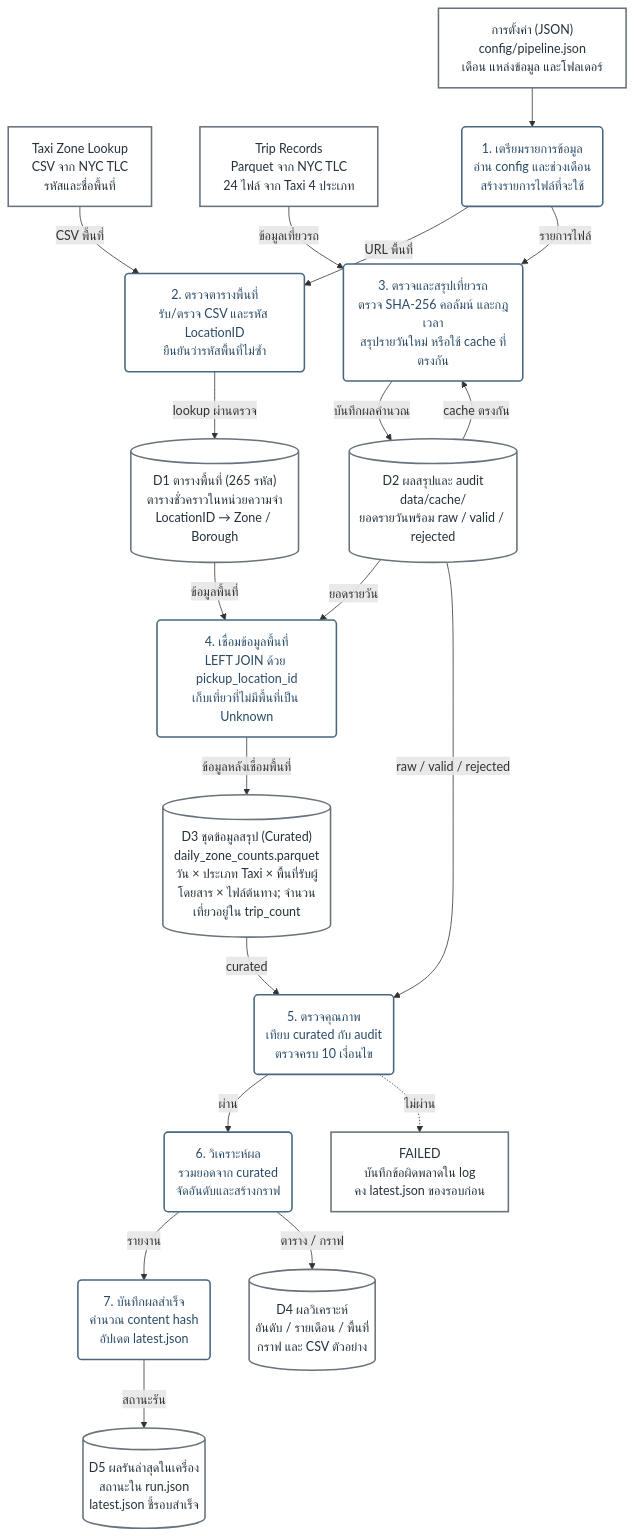
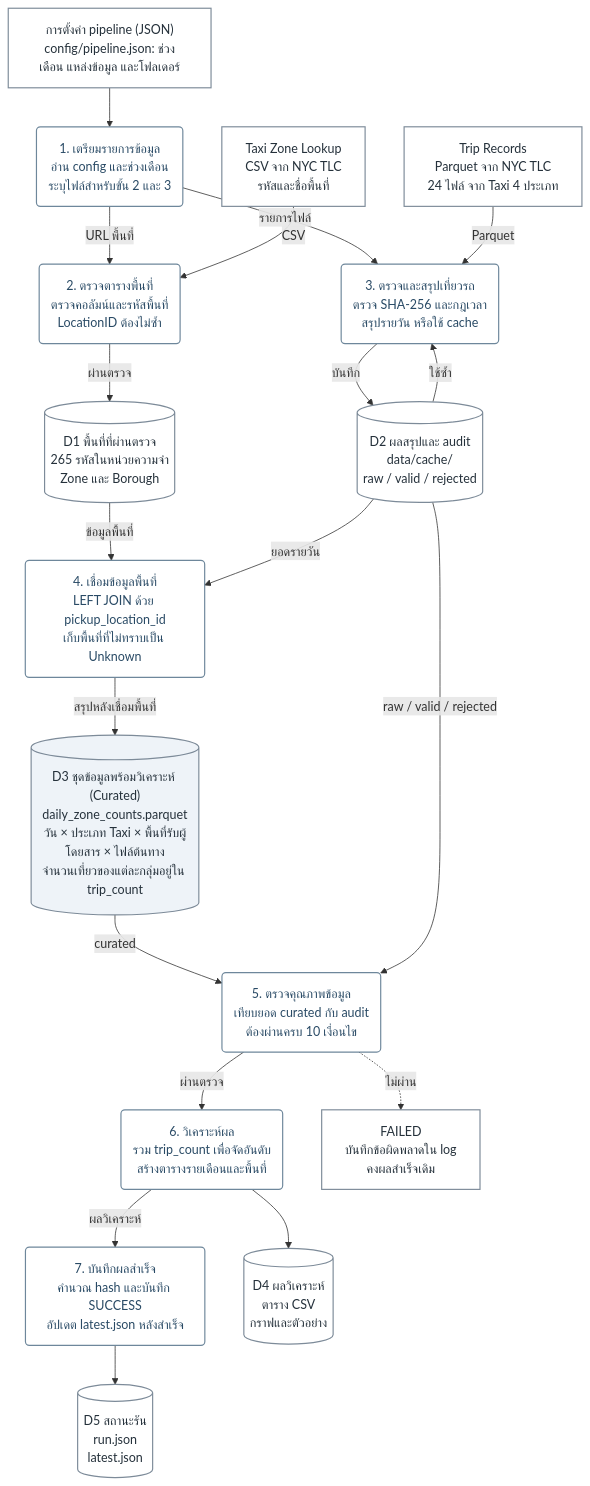
Before and after one commit to ronnakrit303/CS341-Submission2: the diagram in docs/pipeline.mmd, drawn with Mermaid. The commit also changed 5 other files, not shown here.

Commit message:
Split README data flow into readable linked views

```diff
--- a/docs/pipeline.mmd
+++ b/docs/pipeline.mmd
@@ -1,75 +1,45 @@
 flowchart TD
-    %% Generated by scripts/render_pipeline_diagram.py; edit that file to regenerate both formats.
-    %% Colors and labels match docs/images/pipeline-data-flow.svg.
-    %% Numbered processes refer to log stages; arrows carry data, not parallel execution.
-    zoneSource["Taxi Zone Lookup
-CSV จาก NYC TLC
-รหัสและชื่อพื้นที่"]:::source
-    configSource["การตั้งค่า (JSON)
-config/pipeline.json
-เดือน แหล่งข้อมูล และโฟลเดอร์"]:::source
-    tripSource["Trip Records
-Parquet จาก NYC TLC
-24 ไฟล์ จาก Taxi 4 ประเภท"]:::source
-    prepare("1. เตรียมรายการข้อมูล
-อ่าน config และช่วงเดือน
-สร้างรายการไฟล์ที่จะใช้"):::process
-    lookup("2. ตรวจตารางพื้นที่
-รับ/ตรวจ CSV และรหัส LocationID
-ยืนยันว่ารหัสพื้นที่ไม่ซ้ำ"):::process
-    trips("3. ตรวจและสรุปเที่ยวรถ
-ตรวจ SHA-256 คอลัมน์ และกฎเวลา
-สรุปรายวันใหม่ หรือใช้ cache ที่ตรงกัน"):::process
-    zonesStore[("D1 ตารางพื้นที่ (265 รหัส)
-ตารางชั่วคราวในหน่วยความจำ
-LocationID → Zone / Borough")]:::store
-    aggregateStore[("D2 ผลสรุปและ audit
-data/cache/
-ยอดรายวันพร้อม raw / valid / rejected")]:::store
-    curate("4. เชื่อมข้อมูลพื้นที่
-LEFT JOIN ด้วย pickup_location_id
-เก็บเที่ยวที่ไม่มีพื้นที่เป็น Unknown"):::process
-    curatedStore[("D3 ชุดข้อมูลสรุป (Curated)
-daily_zone_counts.parquet
-วัน × ประเภท Taxi × พื้นที่รับผู้โดยสาร × ไฟล์ต้นทาง; จำนวนเที่ยวอยู่ใน trip_count")]:::store
-    quality("5. ตรวจคุณภาพ
-เทียบ curated กับ audit
-ตรวจครบ 10 เงื่อนไข"):::quality
-    analysis("6. วิเคราะห์ผล
-รวมยอดจาก curated
-จัดอันดับและสร้างกราฟ"):::process
-    publish("7. บันทึกผลสำเร็จ
-คำนวณ content hash
-อัปเดต latest.json"):::process
-    failed["FAILED
-บันทึกข้อผิดพลาดใน log
-คง latest.json ของรอบก่อน"]:::failed
-    resultStore[("D4 ผลวิเคราะห์
-อันดับ / รายเดือน / พื้นที่
-กราฟ และ CSV ตัวอย่าง")]:::store
-    successStore[("D5 ผลรันล่าสุดในเครื่อง
-สถานะใน run.json
-latest.json ชี้รอบสำเร็จ")]:::store
+    %% Generated by scripts/render_pipeline_diagram.py.
+    %% Canonical graph for the two README views. D2 and D3 are shared data stores.
+    %% Numbers match log stages; arrows show data dependencies, not parallel execution.
+    configSource["การตั้งค่า pipeline (JSON)<br/>config/pipeline.json: ช่วงเดือน แหล่งข้อมูล และโฟลเดอร์"]:::source
+    prepare("1. เตรียมรายการข้อมูล<br/>อ่าน config และช่วงเดือน<br/>ระบุไฟล์สำหรับขั้น 2 และ 3"):::process
+    zoneSource["Taxi Zone Lookup<br/>CSV จาก NYC TLC<br/>รหัสและชื่อพื้นที่"]:::source
+    tripSource["Trip Records<br/>Parquet จาก NYC TLC<br/>24 ไฟล์ จาก Taxi 4 ประเภท"]:::source
+    lookup("2. ตรวจตารางพื้นที่<br/>ตรวจคอลัมน์และรหัสพื้นที่<br/>LocationID ต้องไม่ซ้ำ"):::process
+    trips("3. ตรวจและสรุปเที่ยวรถ<br/>ตรวจ SHA-256 และกฎเวลา<br/>สรุปรายวัน หรือใช้ cache"):::process
+    zonesStore[("D1 พื้นที่ที่ผ่านตรวจ<br/>265 รหัสในหน่วยความจำ<br/>Zone และ Borough")]:::store
+    aggregateStore[("D2 ผลสรุปและ audit<br/>data/cache/<br/>raw / valid / rejected")]:::store
+    curate("4. เชื่อมข้อมูลพื้นที่<br/>LEFT JOIN ด้วย pickup_location_id<br/>เก็บพื้นที่ที่ไม่ทราบเป็น Unknown"):::process
+    curatedStore[("D3 ชุดข้อมูลพร้อมวิเคราะห์ (Curated)<br/>daily_zone_counts.parquet<br/>วัน × ประเภท Taxi × พื้นที่รับผู้โดยสาร × ไฟล์ต้นทาง<br/>จำนวนเที่ยวของแต่ละกลุ่มอยู่ใน trip_count")]:::store
+    quality("5. ตรวจคุณภาพข้อมูล<br/>เทียบยอด curated กับ audit<br/>ต้องผ่านครบ 10 เงื่อนไข"):::quality
+    analysis("6. วิเคราะห์ผล<br/>รวม trip_count เพื่อจัดอันดับ<br/>สร้างตารางรายเดือนและพื้นที่"):::process
+    publish("7. บันทึกผลสำเร็จ<br/>คำนวณ hash และบันทึก SUCCESS<br/>อัปเดต latest.json หลังสำเร็จ"):::process
+    failed["FAILED<br/>บันทึกข้อผิดพลาดใน log<br/>คงผลสำเร็จเดิม"]:::failed
+    resultStore[("D4 ผลวิเคราะห์<br/>ตาราง CSV<br/>กราฟและตัวอย่าง")]:::store
+    successStore[("D5 สถานะรัน<br/>run.json<br/>latest.json")]:::store
     configSource --> prepare
-    zoneSource -->|"CSV พื้นที่"| lookup
-    tripSource -->|"ข้อมูลเที่ยวรถ"| trips
     prepare -->|"URL พื้นที่"| lookup
     prepare -->|"รายการไฟล์"| trips
-    lookup -->|"lookup ผ่านตรวจ"| zonesStore
-    trips -->|"บันทึกผลคำนวณ"| aggregateStore
-    aggregateStore -->|"cache ตรงกัน"| trips
+    zoneSource -->|"CSV"| lookup
+    tripSource -->|"Parquet"| trips
+    lookup -->|"ผ่านตรวจ"| zonesStore
+    trips -->|"บันทึก"| aggregateStore
+    aggregateStore -->|"ใช้ซ้ำ"| trips
     zonesStore -->|"ข้อมูลพื้นที่"| curate
     aggregateStore -->|"ยอดรายวัน"| curate
+    curate -->|"สรุปหลังเชื่อมพื้นที่"| curatedStore
+    curatedStore -->|"curated"| quality
     aggregateStore -->|"raw / valid / rejected"| quality
-    curate -->|"ข้อมูลหลังเชื่อมพื้นที่"| curatedStore
-    curatedStore -->|"curated"| quality
-    quality -->|"ผ่าน"| analysis
+    quality -->|"ผ่านตรวจ"| analysis
     quality -.->|"ไม่ผ่าน"| failed
-    analysis -->|"รายงาน"| publish
-    analysis -->|"ตาราง / กราฟ"| resultStore
-    publish -->|"สถานะรัน"| successStore
-    classDef source fill:#FFFFFF,stroke:#68737D,color:#25313B,stroke-width:2px
-    classDef process fill:#FFFFFF,stroke:#486781,color:#294A65,stroke-width:2px
-    classDef store fill:#FFFFFF,stroke:#68737D,color:#25313B,stroke-width:2px
-    classDef quality fill:#FFFFFF,stroke:#486781,color:#294A65,stroke-width:2px
-    classDef failed fill:#FFFFFF,stroke:#68737D,color:#25313B,stroke-width:2px
+    analysis --> resultStore
+    analysis -->|"ผลวิเคราะห์"| publish
+    publish --> successStore
+    classDef source fill:#FFFFFF,stroke:#7D8B99,color:#25313B,stroke-width:1.5px
+    classDef process fill:#FFFFFF,stroke:#6E879B,color:#294A65,stroke-width:1.5px
+    classDef store fill:#FFFFFF,stroke:#7D8B99,color:#25313B,stroke-width:1.5px
+    classDef quality fill:#FFFFFF,stroke:#6E879B,color:#294A65,stroke-width:1.5px
+    classDef failed fill:#FFFFFF,stroke:#7D8B99,color:#25313B,stroke-width:1.5px
+    classDef curated fill:#EEF3F8,stroke:#7D8B99,color:#25313B,stroke-width:1.5px
+    class curatedStore curated
```
